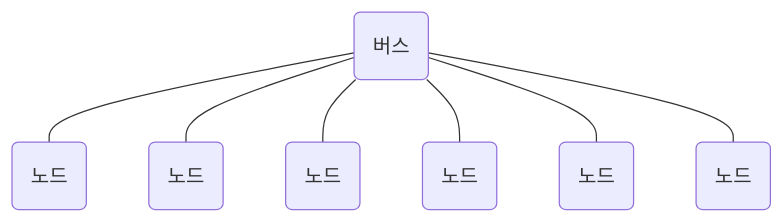
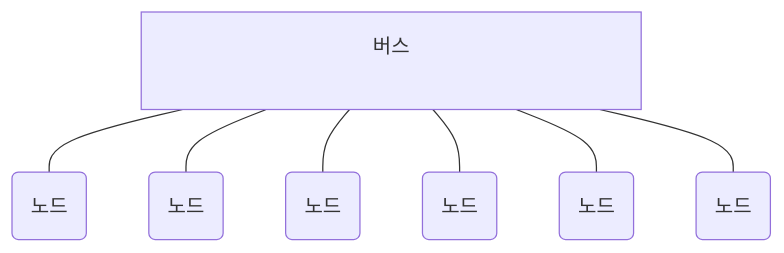
Before and after one commit to kimregular/DAILY_STUDY: the second of 5 diagrams in 독서/8. 면접을 위한 cs 전공지식 노트/02. 네트워크/02-02. 네트워크 토폴로지와 병목 현상.md, drawn with Mermaid. The commit also changed other lines of this file, not shown here.

Commit message:
obsidian backup: 2025-01-19 13:08:15

````diff
--- a/독서/8. 면접을 위한 cs 전공지식 노트/02. 네트워크/02-02. 네트워크 토폴로지와 병목 현상.md
+++ b/독서/8. 면접을 위한 cs 전공지식 노트/02. 네트워크/02-02. 네트워크 토폴로지와 병목 현상.md
@@ -30,19 +30,20 @@
 ```mermaid
 flowchart TB
-	n1("버스"):::bus
-	n2("노드")
-	n3("노드")
-	n4("노드")
-	n5("노드")
-	n6("노드")
-	n7("노드")
+    n1["버스<br>&nbsp;&nbsp;&nbsp;&nbsp;&nbsp;&nbsp;&nbsp;&nbsp;&nbsp;&nbsp;&nbsp;&nbsp;&nbsp;&nbsp;&nbsp;&nbsp;&nbsp;&nbsp;&nbsp;&nbsp;&nbsp;&nbsp;&nbsp;&nbsp;&nbsp;&nbsp;&nbsp;&nbsp;&nbsp;&nbsp;&nbsp;&nbsp;&nbsp;&nbsp;&nbsp;&nbsp;&nbsp;&nbsp;&nbsp;&nbsp;&nbsp;&nbsp;&nbsp;&nbsp;&nbsp;&nbsp;&nbsp;&nbsp;&nbsp;&nbsp;&nbsp;&nbsp;&nbsp;&nbsp;&nbsp;&nbsp;&nbsp;&nbsp;&nbsp;&nbsp;&nbsp;&nbsp;&nbsp;&nbsp;&nbsp;&nbsp;&nbsp;&nbsp;&nbsp;&nbsp;&nbsp;&nbsp;&nbsp;&nbsp;&nbsp;&nbsp;&nbsp;&nbsp;&nbsp;&nbsp;&nbsp;&nbsp;&nbsp;"]:::bus
+    n2("노드")
+    n3("노드")
+    n4("노드")
+    n5("노드")
+    n6("노드")
+    n7("노드")
 
-	n1 --- n2
-	n1 --- n3
-	n1 --- n4
-	n1 --- n5
-	n1 --- n6
-	n1 --- n7
+    n1 --- n2
+    n1 --- n3
+    n1 --- n4
+    n1 --- n5
+    n1 --- n6
+    n1 --- n7
 
-	classDef bus width : 500px text-align : center
+    classDef bus text-align center
+
 ```
````
